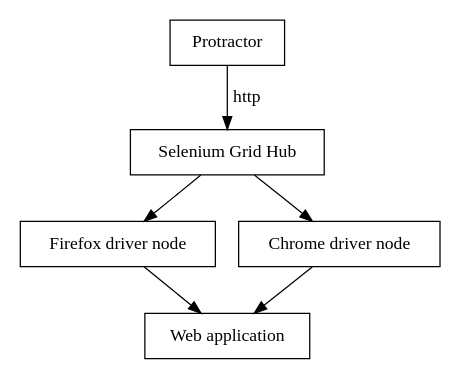
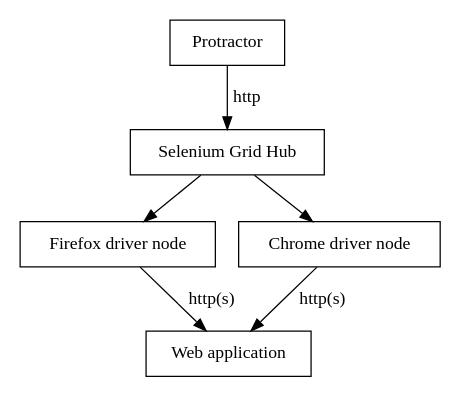
Before and after one commit to michelesr/thesis: the diagram in src/images/dot/protractor-selenium.dot, drawn with Graphviz. The commit also changed 1 other file, not shown here.

```diff
--- a/src/images/dot/protractor-selenium.dot
+++ b/src/images/dot/protractor-selenium.dot
@@ -1,10 +1,10 @@
 digraph protractor_selenium {
   size="3.0"
   autosize=false
   node [shape=rectangle]
   Protractor -> "Selenium Grid Hub" [label="http"]
   "Selenium Grid Hub" -> "Firefox driver node"
   "Selenium Grid Hub" -> "Chrome driver node"
-  "Firefox driver node" -> "Web application"
-  "Chrome driver node" -> "Web application"
+  "Firefox driver node" -> "Web application" [label="http(s)"]
+  "Chrome driver node" -> "Web application" [label="http(s)"]
 }
```
